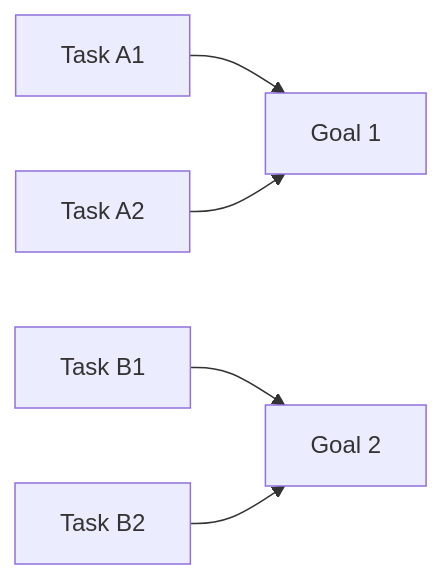
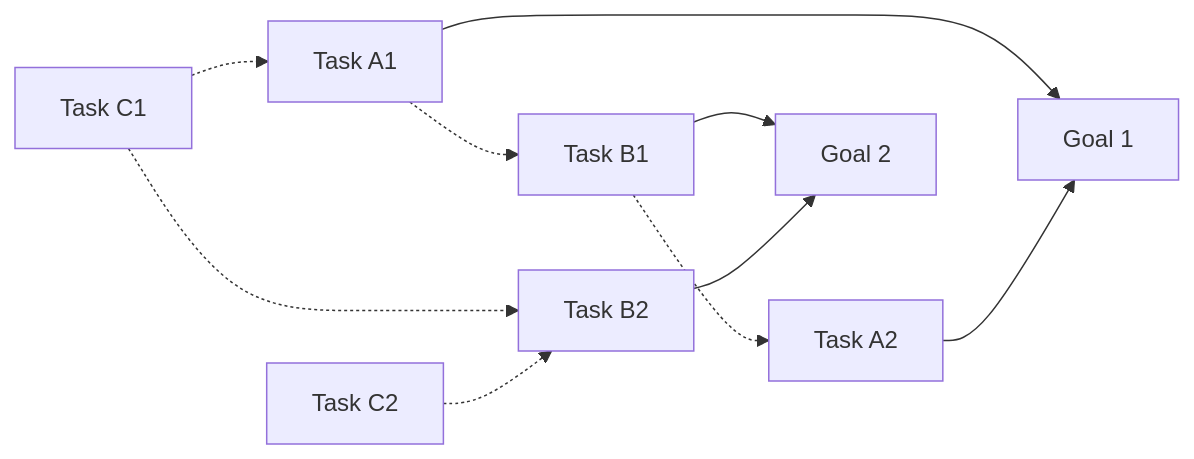
Before and after one commit to jwhco/scripts: the diagram in TidyObsidian/docs/markdown_tasks_extract_README.md, drawn with Mermaid.

Commit message:
example of dependencies

````diff
--- a/TidyObsidian/docs/markdown_tasks_extract_README.md
+++ b/TidyObsidian/docs/markdown_tasks_extract_README.md
@@ -20,7 +20,15 @@
 ```mermaid
 graph LR
 
+%% Heirarchy
 A1[Task A1] & A2[Task A2] --> G1[Goal 1]
 B1[Task B1] & B2[Task B2] --> G2[Goal 2]
+C1[Task C1] & C2[Task C2]
+
+%% Dependency
+B1 -.-> A2
+A1 -.-> B1
+C1 & C2 -.-> B2
+C1 -.-> A1
 
 ```
````
